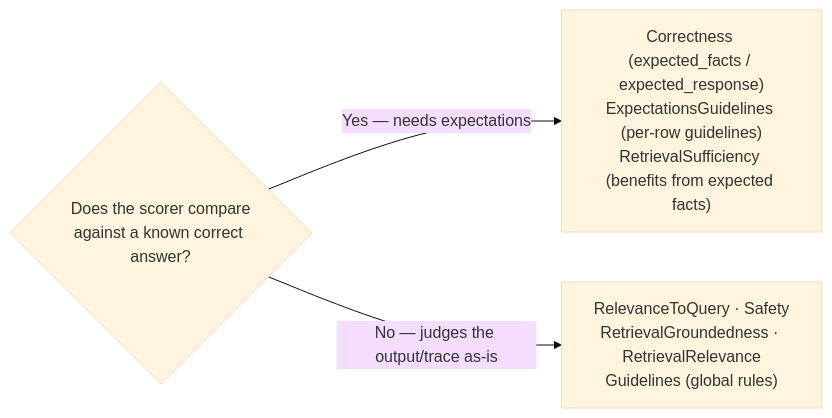
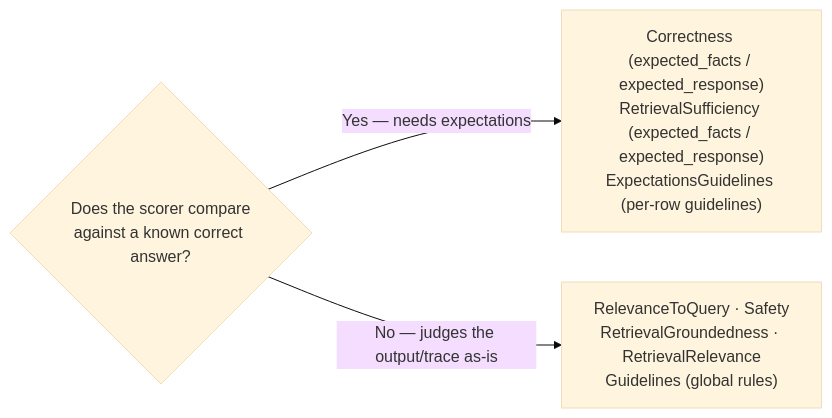
The second of 2 diagrams in modules/08-evaluating-genai/module.md (Sourav692/9.-Databricks-Generative-AI_-End-to-End), drawn with Mermaid (base theme) before and after one commit. The commit also changed other lines of this file and 65 other files, not shown here.

````diff
--- a/modules/08-evaluating-genai/module.md
+++ b/modules/08-evaluating-genai/module.md
@@ -93,6 +93,6 @@
 ```mermaid
 flowchart LR
   Q{"Does the scorer compare<br/>against a known correct answer?"}
-  Q -->|"Yes — needs expectations"| GT["Correctness (expected_facts / expected_response)<br/>ExpectationsGuidelines (per-row guidelines)<br/>RetrievalSufficiency (benefits from expected facts)"]
+  Q -->|"Yes — needs expectations"| GT["Correctness (expected_facts / expected_response)<br/>RetrievalSufficiency (expected_facts / expected_response)<br/>ExpectationsGuidelines (per-row guidelines)"]
   Q -->|"No — judges the output/trace as-is"| NGT["RelevanceToQuery · Safety<br/>RetrievalGroundedness · RetrievalRelevance<br/>Guidelines (global rules)"]
 ```
````
